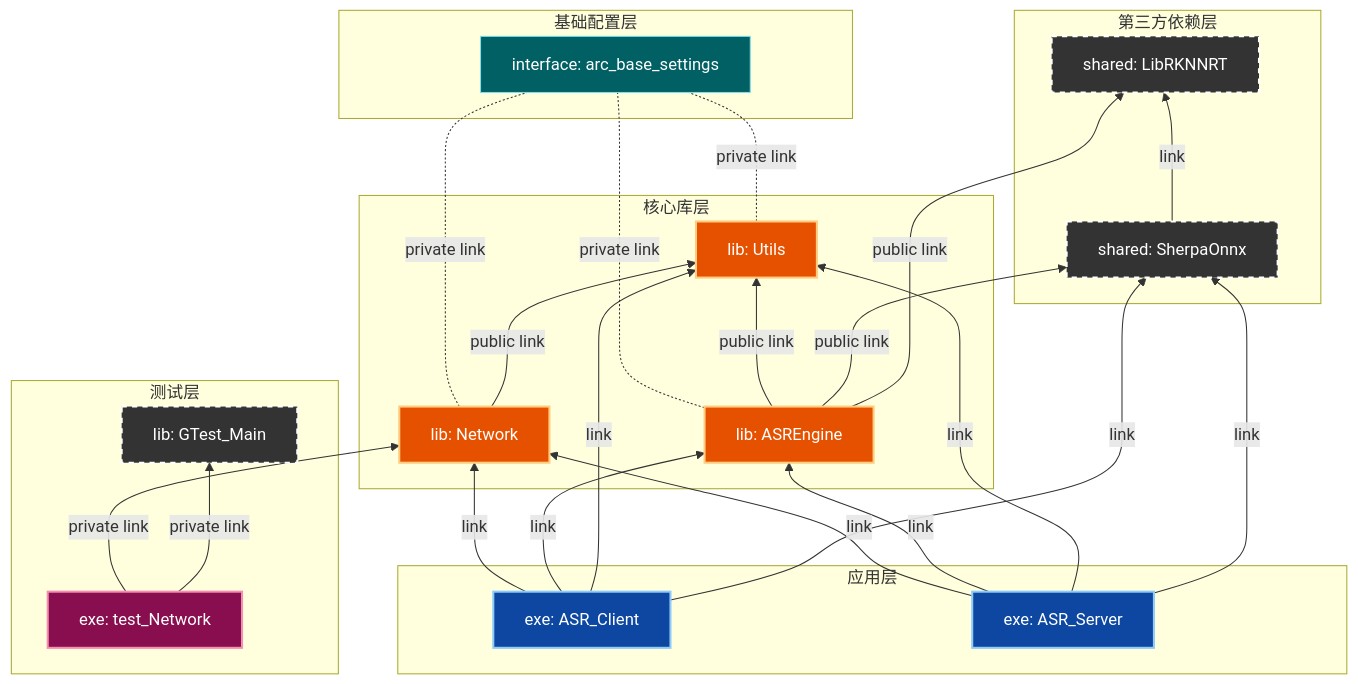
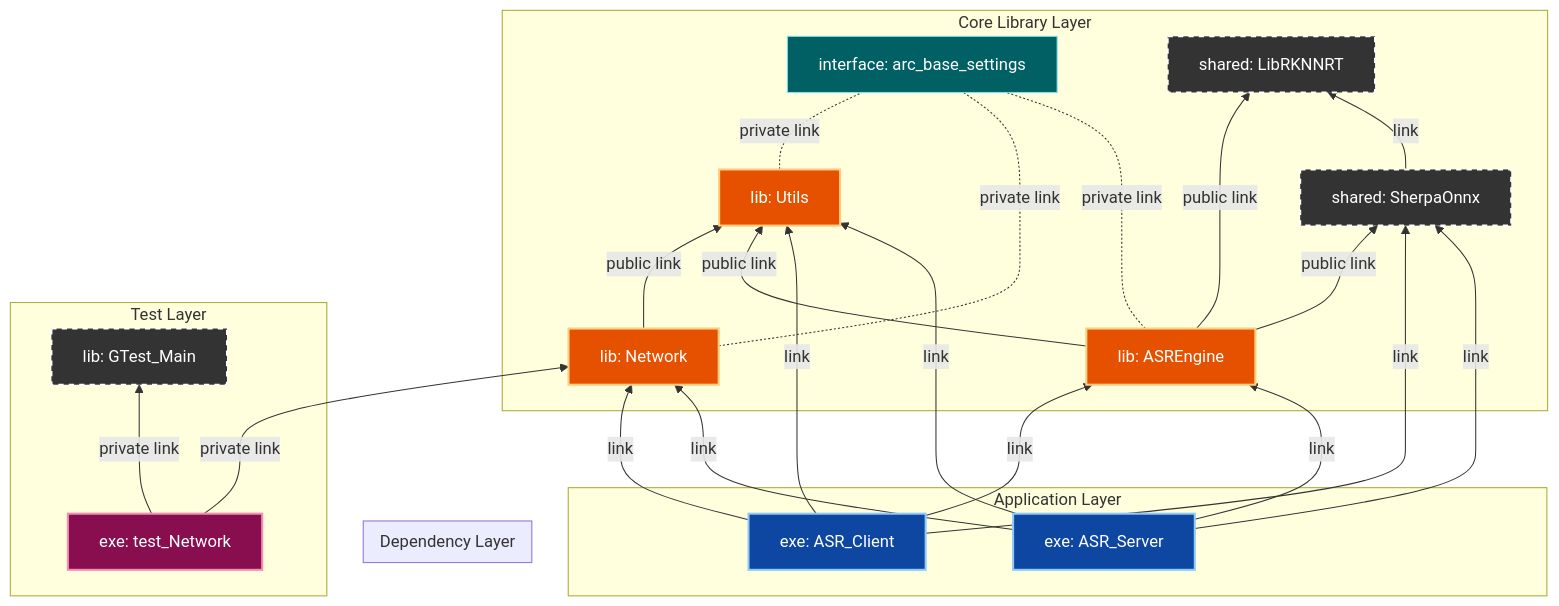
Before and after one commit to potterwhite/ArcForge: the first of 3 diagrams in docs/BUILD_SYSTEM.md, drawn with Mermaid. The commit also changed other lines of this file and 2 other files, not shown here.

````diff
--- a/docs/BUILD_SYSTEM.md
+++ b/docs/BUILD_SYSTEM.md
@@ -14,65 +14,61 @@
 ```mermaid
 graph BT
     %% ==========================================
-    %% 样式定义 (图3专用)
+    %% Styles Definition (Figure 3 Specific)
     %% ==========================================
     classDef app fill:#0d47a1,stroke:#90caf9,stroke-width:2px,color:#fff;
     classDef lib fill:#e65100,stroke:#ffcc80,stroke-width:2px,color:#fff;
     classDef third fill:#333333,stroke:#ffffff,stroke-width:2px,color:#fff,stroke-dasharray: 5 5;
     classDef test fill:#880e4f,stroke:#f48fb1,stroke-width:2px,color:#fff;
     classDef base fill:#006064,stroke:#80deea,stroke-width:1px,color:#fff;
 
-    subgraph 基础配置层
-        Settings[interface: arc_base_settings]:::base
+    subgraph Application Layer
+        App_Client[exe: ASR_Client]:::app
+        App_Server[exe: ASR_Server]:::app
     end
 
-    subgraph 第三方依赖层
-        RKNN[shared: LibRKNNRT]:::third
-        Sherpa[shared: SherpaOnnx]:::third
-
-        %% 对应 sherpa-onnx/CMakeLists.txt 中的 INTERFACE_LINK_LIBRARIES
-        Sherpa -- link --> RKNN
-    end
-
-    subgraph 核心库层
+    subgraph Core Library Layer
         Lib_Utils[lib: Utils]:::lib
         Lib_Network[lib: Network]:::lib
         Lib_ASR[lib: ASREngine]:::lib
 
-        %% 继承基础配置
-        Lib_Utils -. private link .- Settings
+        %% Inherit base settings
+        Lib_Utils -. private link .- Settings[interface: arc_base_settings]:::base
         Lib_Network -. private link .- Settings
         Lib_ASR -. private link .- Settings
 
-        %% 库间依赖
+        %% Inter-library dependencies
         Lib_Network -- public link --> Lib_Utils
         Lib_ASR -- public link --> Lib_Utils
 
-        %% 业务库依赖第三方
-        Lib_ASR -- public link --> Sherpa
-        Lib_ASR -- public link --> RKNN
+        %% Business library depends on third-party
+        Lib_ASR -- public link --> Sherpa[shared: SherpaOnnx]:::third
+        Lib_ASR -- public link --> RKNN[shared: LibRKNNRT]:::third
     end
 
-    subgraph 应用层
-        App_Client[exe: ASR_Client]:::app
-        App_Server[exe: ASR_Server]:::app
+    subgraph Dependency Layer
+        RKNN
+        Sherpa
 
-        App_Client -- link --> Lib_Network
-        App_Client -- link --> Lib_ASR
-        App_Client -- link --> Lib_Utils
-        App_Client -- link --> Sherpa
-
-        App_Server -- link --> Lib_Network
-        App_Server -- link --> Lib_ASR
-        App_Server -- link --> Lib_Utils
-        App_Server -- link --> Sherpa
+        %% Corresponds to INTERFACE_LINK_LIBRARIES in sherpa-onnx/CMakeLists.txt
+        Sherpa -- link --> RKNN
     end
 
-    subgraph 测试层
+    subgraph Test Layer
         Test_Net[exe: test_Network]:::test
         GTest[lib: GTest_Main]:::third
 
         Test_Net -- private link --> Lib_Network
         Test_Net -- private link --> GTest
     end
+
+    App_Client -- link --> Lib_Network
+    App_Client -- link --> Lib_ASR
+    App_Client -- link --> Lib_Utils
+    App_Client -- link --> Sherpa
+
+    App_Server -- link --> Lib_Network
+    App_Server -- link --> Lib_ASR
+    App_Server -- link --> Lib_Utils
+    App_Server -- link --> Sherpa
 ```
````
